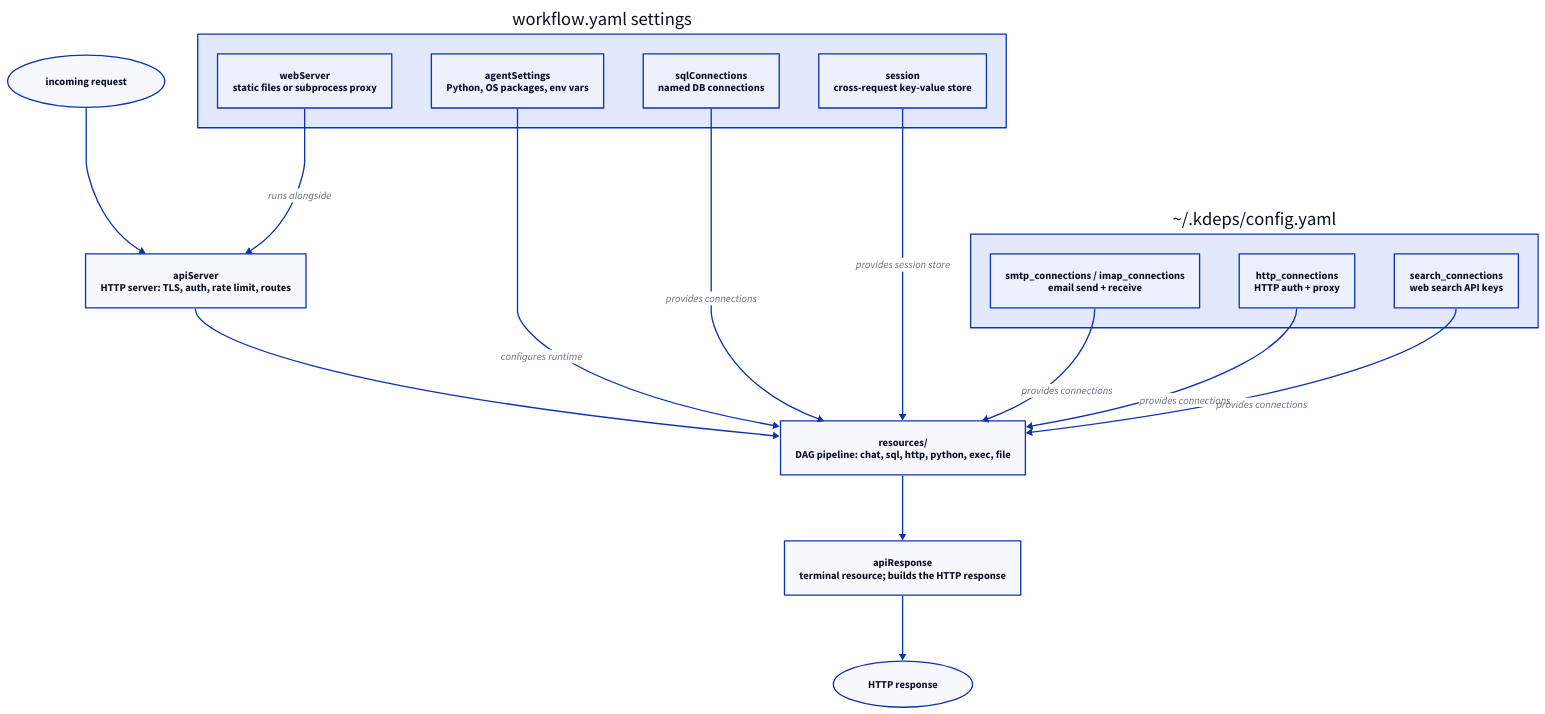
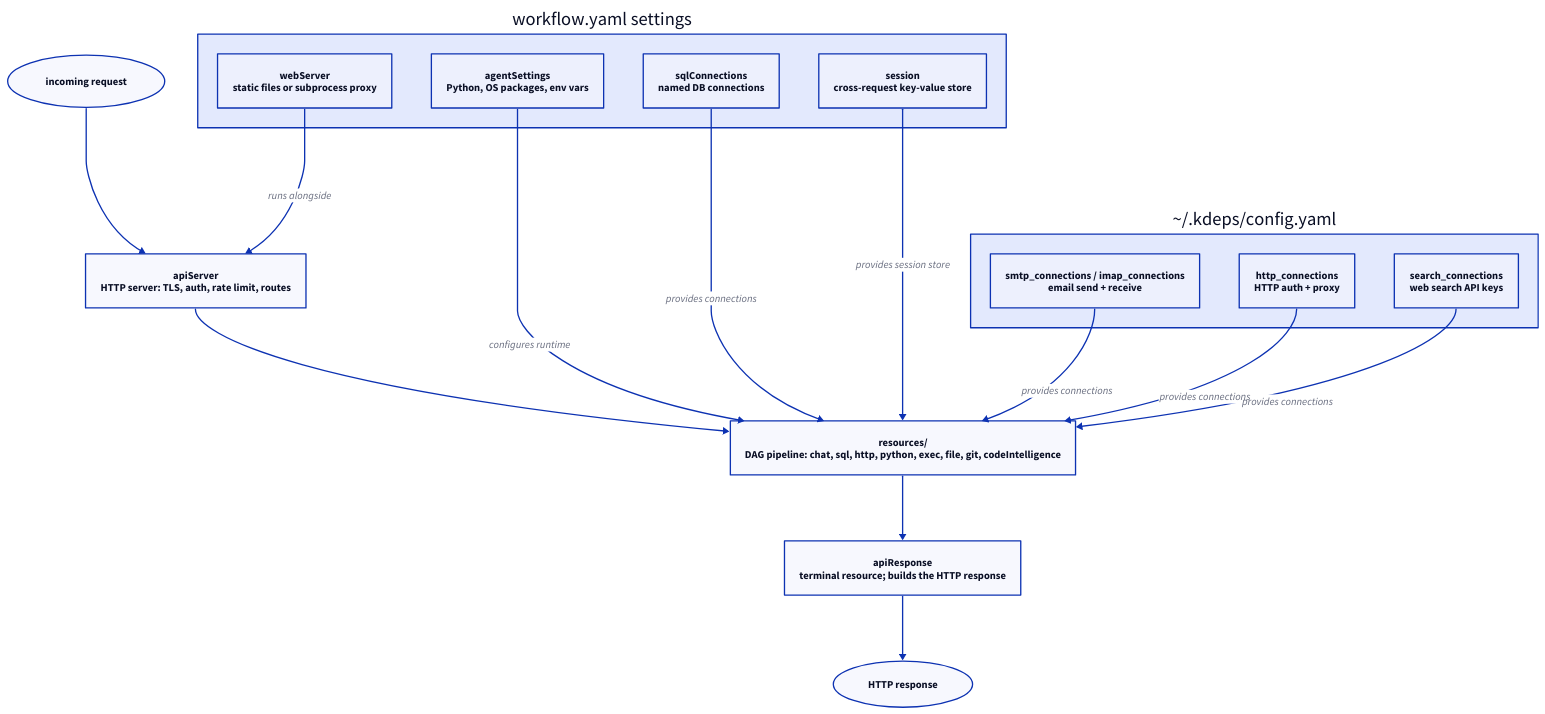
The diagram in docs/v2/configuration/workflow.md (kdeps/kdeps), drawn with D2 before and after one commit. The commit also changed 28 other files, not shown here.

Commit message:
docs: add git and codeIntelligence resource docs, update cross-references and rename agent-mode to agent-loop-mode

````diff
--- a/docs/v2/configuration/workflow.md
+++ b/docs/v2/configuration/workflow.md
@@ -7,32 +7,32 @@
 ```d2
 direction: down
 
 A: incoming request {shape: oval}
 B: "apiServer\nHTTP server: TLS, auth, rate limit, routes"
-C: "resources/\nDAG pipeline: chat, sql, http, python, exec, file"
+C: "resources/\nDAG pipeline: chat, sql, http, python, exec, file, git, codeIntelligence"
 D: "apiResponse\nterminal resource; builds the HTTP response"
 E: HTTP response {shape: oval}
 
 A -> B -> C -> D -> E
 
 settings: workflow.yaml settings {
   B2: "webServer\nstatic files or subprocess proxy"
   B3: "agentSettings\nPython, OS packages, env vars"
   B4: "sqlConnections\nnamed DB connections"
   B5: "session\ncross-request key-value store"
 }
 
 global: "~/.kdeps/config.yaml" {
   G1: "smtp_connections / imap_connections\nemail send + receive"
   G2: "http_connections\nHTTP auth + proxy"
   G3: "search_connections\nweb search API keys"
 }
 
 settings.B3 -> C: configures runtime
 settings.B4 -> C: provides connections
 settings.B5 -> C: provides session store
 settings.B2 -> B: runs alongside
 global.G1 -> C: provides connections
 global.G2 -> C: provides connections
 global.G3 -> C: provides connections
 ```
````
